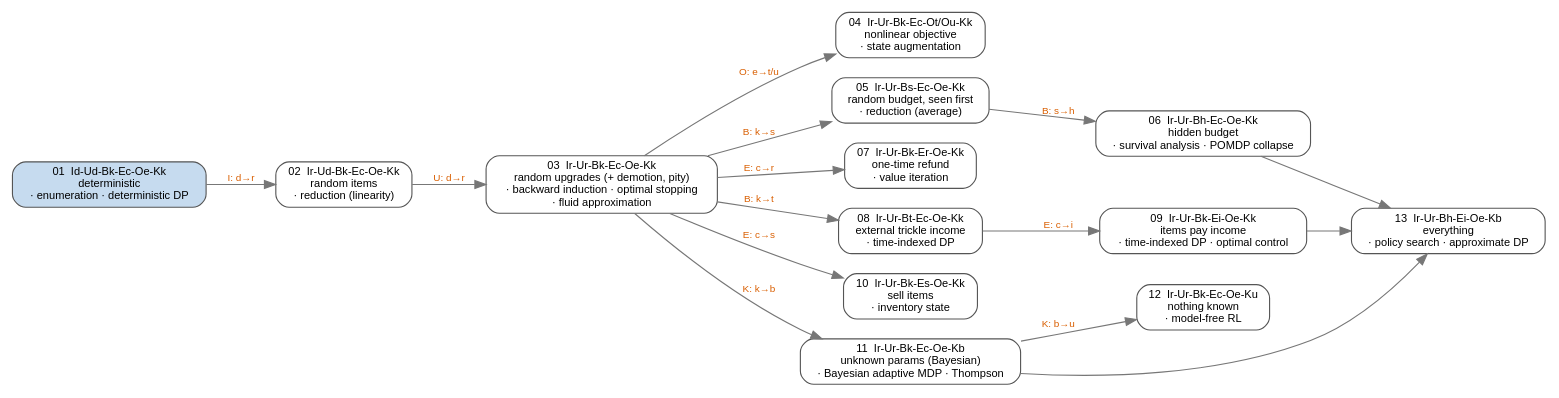
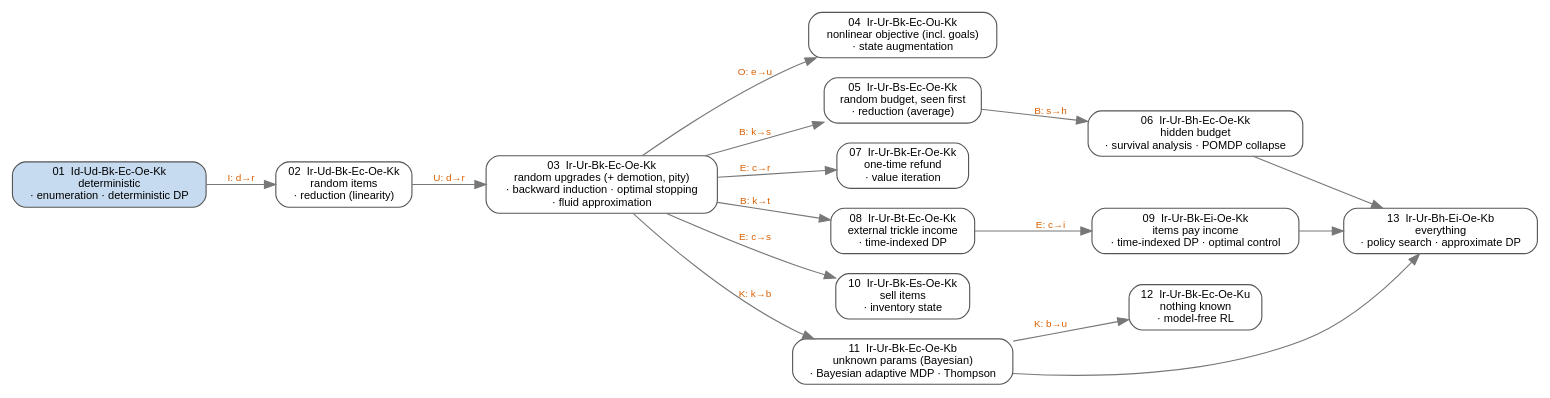
The diagram in probability/sequential_decision_making_under_uncertainty/figures/ladder_map.dot (ssarkar2/notes), drawn with Graphviz before and after one commit. The commit also changed 4 other files, not shown here.

```diff
--- a/probability/sequential_decision_making_under_uncertainty/figures/ladder_map.dot
+++ b/probability/sequential_decision_making_under_uncertainty/figures/ladder_map.dot
@@ -1,36 +1,36 @@
 // Ladder of problems: each edge = one axis loosened. Filled = built, white = planned.
 // Build: ./build.sh
 digraph ladder {
   rankdir=LR;
   graph [fontname="Helvetica", fontsize=11, nodesep=0.25, ranksep=0.5, bgcolor="white"];
   node  [shape=box, style="rounded,filled", fontname="Helvetica", fontsize=10, fillcolor="white", color="#555555"];
   edge  [fontname="Helvetica", fontsize=9, color="#777777", fontcolor="#d95f02"];
 
   // fillcolor "#c6dbef" = built
   p01 [label="01  Id-Ud-Bk-Ec-Oe-Kk\ndeterministic\n· enumeration · deterministic DP", fillcolor="#c6dbef"];
   p02 [label="02  Ir-Ud-Bk-Ec-Oe-Kk\nrandom items\n· reduction (linearity)"];
   p03 [label="03  Ir-Ur-Bk-Ec-Oe-Kk\nrandom upgrades (+ demotion, pity)\n· backward induction · optimal stopping\n· fluid approximation"];
-  p04 [label="04  Ir-Ur-Bk-Ec-Ot/Ou-Kk\nnonlinear objective\n· state augmentation"];
+  p04 [label="04  Ir-Ur-Bk-Ec-Ou-Kk\nnonlinear objective (incl. goals)\n· state augmentation"];
   p05 [label="05  Ir-Ur-Bs-Ec-Oe-Kk\nrandom budget, seen first\n· reduction (average)"];
   p06 [label="06  Ir-Ur-Bh-Ec-Oe-Kk\nhidden budget\n· survival analysis · POMDP collapse"];
   p07 [label="07  Ir-Ur-Bk-Er-Oe-Kk\none-time refund\n· value iteration"];
   p08 [label="08  Ir-Ur-Bt-Ec-Oe-Kk\nexternal trickle income\n· time-indexed DP"];
   p09 [label="09  Ir-Ur-Bk-Ei-Oe-Kk\nitems pay income\n· time-indexed DP · optimal control"];
   p10 [label="10  Ir-Ur-Bk-Es-Oe-Kk\nsell items\n· inventory state"];
   p11 [label="11  Ir-Ur-Bk-Ec-Oe-Kb\nunknown params (Bayesian)\n· Bayesian adaptive MDP · Thompson"];
   p12 [label="12  Ir-Ur-Bk-Ec-Oe-Ku\nnothing known\n· model-free RL"];
   p13 [label="13  Ir-Ur-Bh-Ei-Oe-Kb\neverything\n· policy search · approximate DP"];
 
   p01 -> p02 [label="I: d→r"];
   p02 -> p03 [label="U: d→r"];
-  p03 -> p04 [label="O: e→t/u"];
+  p03 -> p04 [label="O: e→u"];
   p03 -> p05 [label="B: k→s"];
   p05 -> p06 [label="B: s→h"];
   p03 -> p07 [label="E: c→r"];
   p03 -> p08 [label="B: k→t"];
   p08 -> p09 [label="E: c→i"];
   p03 -> p10 [label="E: c→s"];
   p03 -> p11 [label="K: k→b"];
   p11 -> p12 [label="K: b→u"];
   p06 -> p13; p09 -> p13; p11 -> p13;
 }
```
